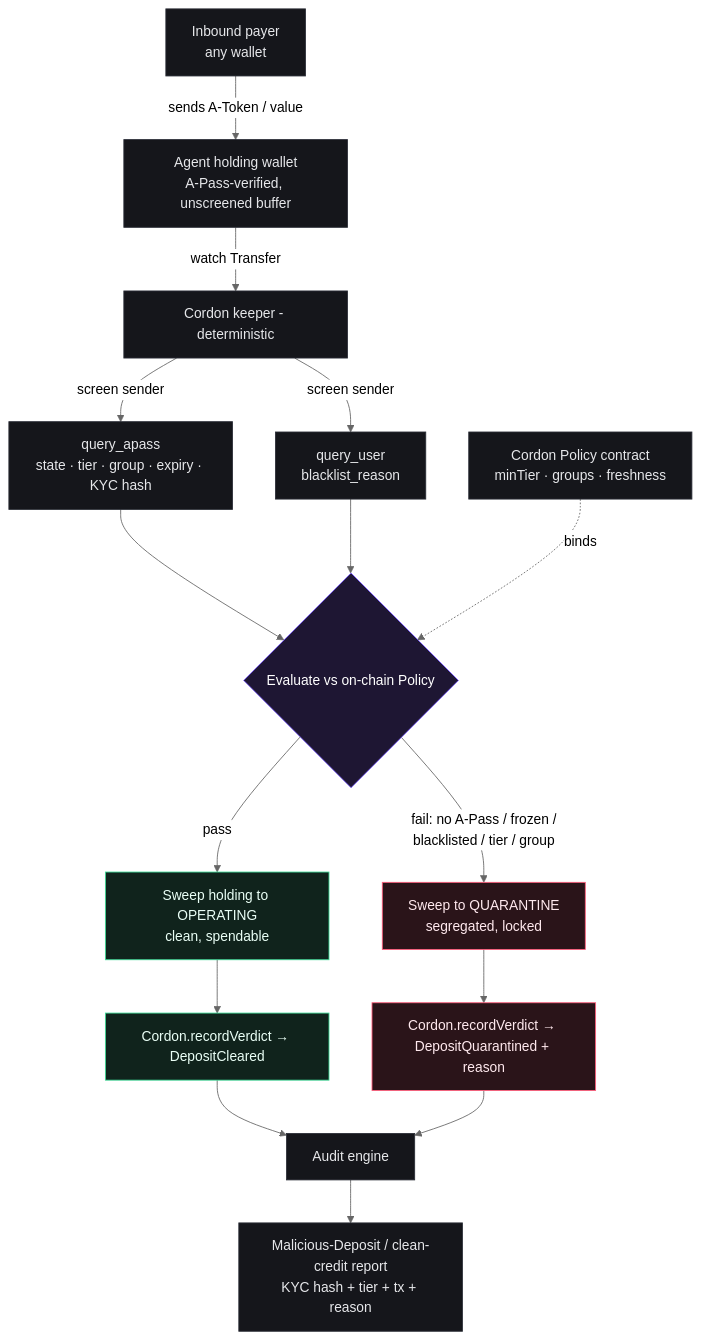
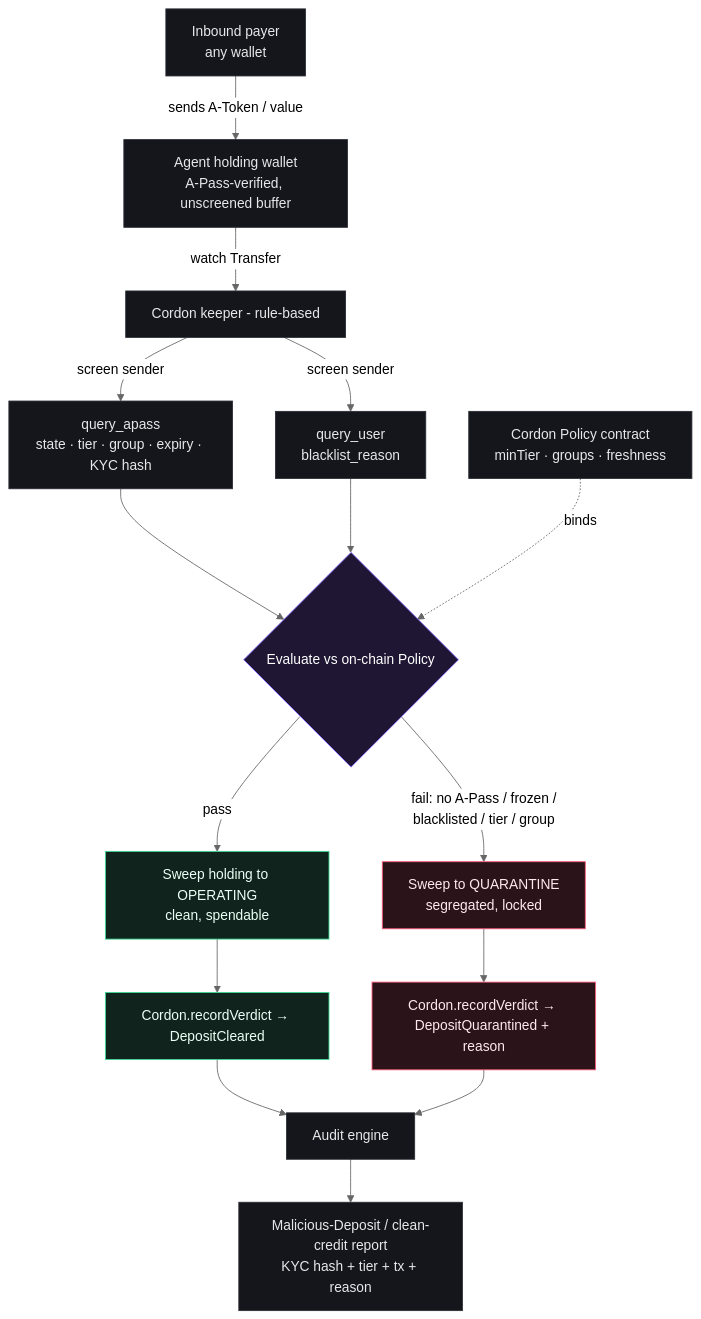
The diagram in README.md (winsznx/cordon), drawn with Mermaid (neutral theme) before and after one commit. The commit also changed other lines of this file and 4 other files, not shown here.

Commit message:
Plain-language framing: rule-based / no AI guesswork (was 'deterministic / no LLM')

````diff
--- a/README.md
+++ b/README.md
@@ -56,26 +56,26 @@
 ```mermaid
 flowchart TD
     SRC[Inbound payer<br/>any wallet] -->|sends A-Token / value| HOLD[Agent holding wallet<br/>A-Pass-verified, unscreened buffer]
-    HOLD -->|watch Transfer| K[Cordon keeper - deterministic]
+    HOLD -->|watch Transfer| K[Cordon keeper - rule-based]
     K -->|screen sender| QA[query_apass<br/>state · tier · group · expiry · KYC hash]
     K -->|screen sender| QU[query_user<br/>blacklist_reason]
     QA --> EVAL{Evaluate vs on-chain Policy}
     QU --> EVAL
     POL[Cordon Policy contract<br/>minTier · groups · freshness] -.binds.-> EVAL
     EVAL -->|pass| CLR[Sweep holding to OPERATING<br/>clean, spendable]
     EVAL -->|fail: no A-Pass / frozen /<br/>blacklisted / tier / group| QAR[Sweep to QUARANTINE<br/>segregated, locked]
     CLR --> REC[Cordon.recordVerdict → DepositCleared]
     QAR --> REC2[Cordon.recordVerdict → DepositQuarantined + reason]
     REC --> AUD[Audit engine]
     REC2 --> AUD
     AUD --> RPT[Malicious-Deposit / clean-credit report<br/>KYC hash + tier + tx + reason]
 
     classDef base fill:#15161b,stroke:#2a2d36,color:#e6e7ea;
     classDef accent fill:#1e1633,stroke:#7c5cff,color:#ffffff;
     classDef ok fill:#10231c,stroke:#3ddc97,color:#eafff6;
     classDef block fill:#2a1419,stroke:#ff5c7a,color:#ffe9ee;
     class SRC,HOLD,K,QA,QU,POL,RPT,AUD base;
     class EVAL accent;
     class CLR,REC ok;
     class QAR,REC2 block;
 ```
````
